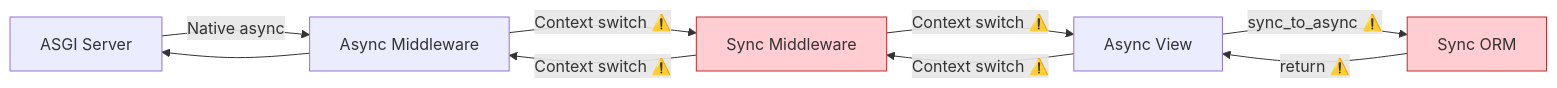
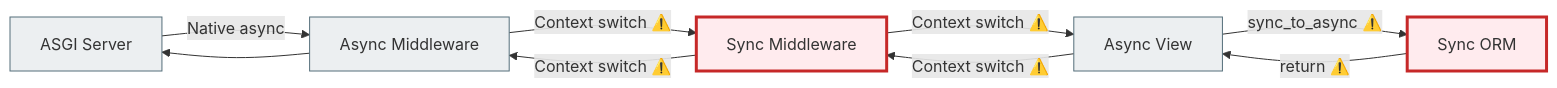
The third of 3 diagrams in docs/09_async_and_realtime/async_06_sync_to_async_full.md (NikoriakViktot/notes_chat_app), drawn with Mermaid before and after one commit. The commit also changed other lines of this file and 441 other files, not shown here.

First line of the commit message:
Add English version of the book, Mermaid standard, docs fixes

````diff
--- a/docs/09_async_and_realtime/async_06_sync_to_async_full.md
+++ b/docs/09_async_and_realtime/async_06_sync_to_async_full.md
@@ -189,14 +191,16 @@
 ```mermaid
 graph LR
     A[ASGI Server] -->|Native async| B[Async Middleware]
     B -->|Context switch ⚠️| C[Sync Middleware]
     C -->|Context switch ⚠️| D[Async View]
     D -->|sync_to_async ⚠️| E[Sync ORM]
     E -->|return ⚠️| D
     D -->|Context switch ⚠️| C
     C -->|Context switch ⚠️| B
     B --> A
 
-    style C fill:#ffcdd2,stroke:#c62828
-    style E fill:#ffcdd2,stroke:#c62828
+    classDef step     fill:#eceff1,stroke:#546e7a,stroke-width:1px;
+    classDef error    fill:#ffebee,stroke:#c62828,stroke-width:3px;
+    class A,B,D step;
+    class C,E error;
 ```
````
